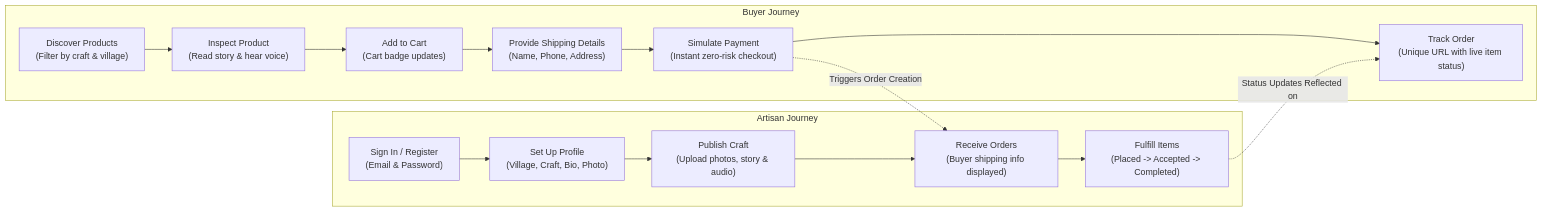
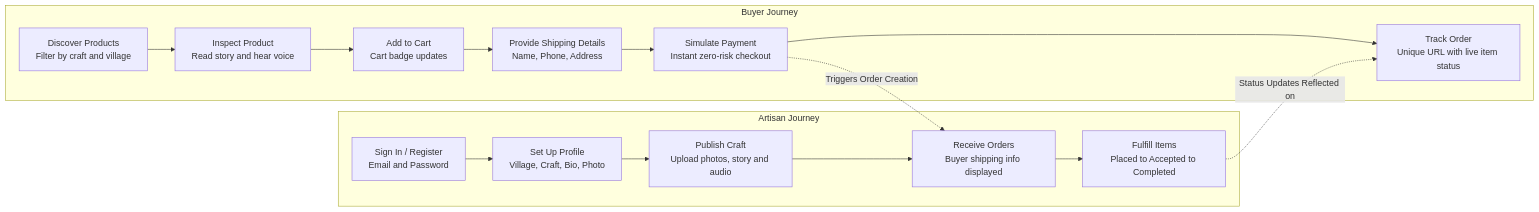
The third of 11 diagrams in README.md (maheshwaraks13/KaustiKart), drawn with Mermaid before and after one commit. The commit also changed other lines of this file, not shown here.

Commit message:
fix: sanitize Mermaid diagram labels and syntax for GitHub renderer

````diff
--- a/README.md
+++ b/README.md
@@ -295,20 +295,20 @@
 ```mermaid
 flowchart LR
     subgraph BuyerJourney["Buyer Journey"]
-        B1["Discover Products<br/>(Filter by craft & village)"] --> B2["Inspect Product<br/>(Read story & hear voice)"]
-        B2 --> B3["Add to Cart<br/>(Cart badge updates)"]
-        B3 --> B4["Provide Shipping Details<br/>(Name, Phone, Address)"]
-        B4 --> B5["Simulate Payment<br/>(Instant zero-risk checkout)"]
-        B5 --> B6["Track Order<br/>(Unique URL with live item status)"]
+        B1["Discover Products<br/>Filter by craft and village"] --> B2["Inspect Product<br/>Read story and hear voice"]
+        B2 --> B3["Add to Cart<br/>Cart badge updates"]
+        B3 --> B4["Provide Shipping Details<br/>Name, Phone, Address"]
+        B4 --> B5["Simulate Payment<br/>Instant zero-risk checkout"]
+        B5 --> B6["Track Order<br/>Unique URL with live item status"]
     end
 
     subgraph ArtisanJourney["Artisan Journey"]
-        A1["Sign In / Register<br/>(Email & Password)"] --> A2["Set Up Profile<br/>(Village, Craft, Bio, Photo)"]
-        A2 --> A3["Publish Craft<br/>(Upload photos, story & audio)"]
-        A3 --> A4["Receive Orders<br/>(Buyer shipping info displayed)"]
-        A4 --> A5["Fulfill Items<br/>(Placed -> Accepted -> Completed)"]
+        A1["Sign In / Register<br/>Email and Password"] --> A2["Set Up Profile<br/>Village, Craft, Bio, Photo"]
+        A2 --> A3["Publish Craft<br/>Upload photos, story and audio"]
+        A3 --> A4["Receive Orders<br/>Buyer shipping info displayed"]
+        A4 --> A5["Fulfill Items<br/>Placed to Accepted to Completed"]
     end
 
-    B5 -.->|Triggers Order Creation| A4
-    A5 -.->|Status Updates Reflected on| B6
+    B5 -.->|"Triggers Order Creation"| A4
+    A5 -.->|"Status Updates Reflected on"| B6
 ```
````
